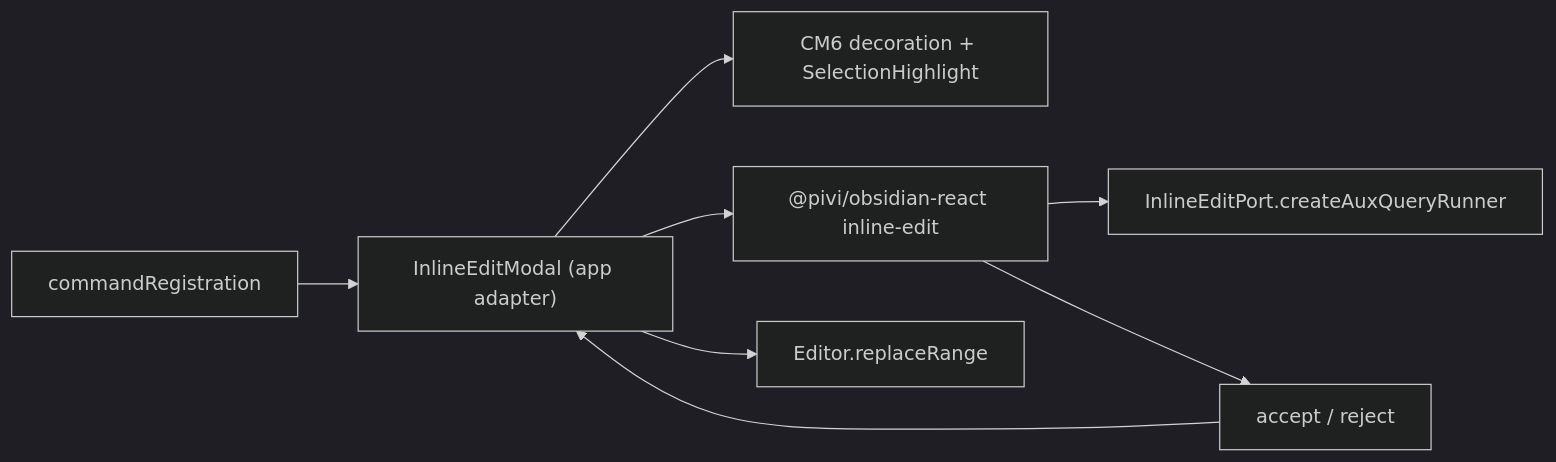
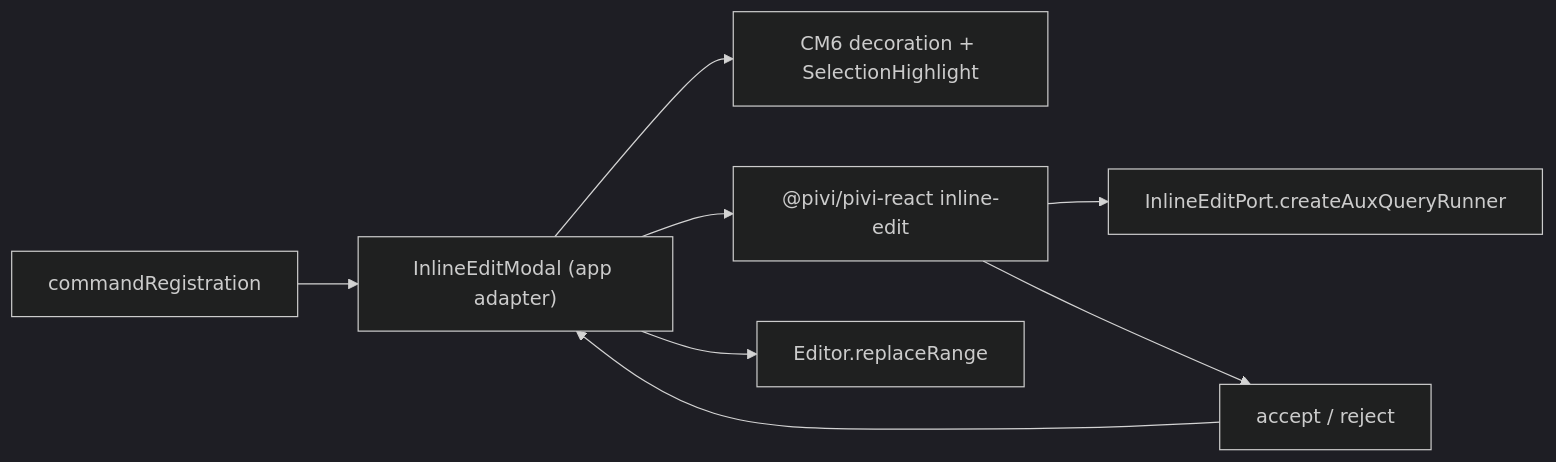
The diagram in src/ui/inline-edit/AGENTS.md (shuuul/obsidian-pivi), drawn with Mermaid (dark theme) before and after one commit. The commit also changed other lines of this file and 290 other files, not shown here.

First line of the commit message:
refactor(architecture): make React UI product-owned

````diff
--- a/src/ui/inline-edit/AGENTS.md
+++ b/src/ui/inline-edit/AGENTS.md
@@ -11,10 +11,10 @@
 ```mermaid
 flowchart LR
   Command["commandRegistration"] --> Adapter["InlineEditModal (app adapter)"]
   Adapter --> CM["CM6 decoration + SelectionHighlight"]
-  Adapter --> React["@pivi/obsidian-react inline-edit"]
+  Adapter --> React["@pivi/pivi-react inline-edit"]
   React --> Runner["InlineEditPort.createAuxQueryRunner"]
   React --> Decision["accept / reject"]
   Decision --> Adapter
   Adapter --> Apply["Editor.replaceRange"]
 ```
````
